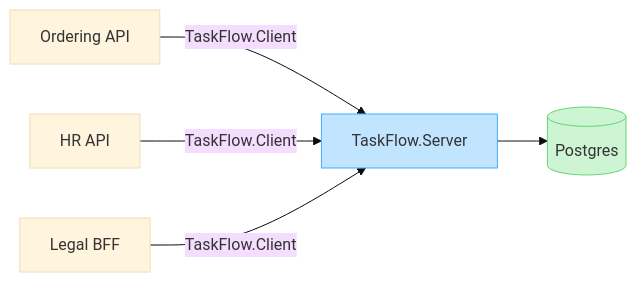
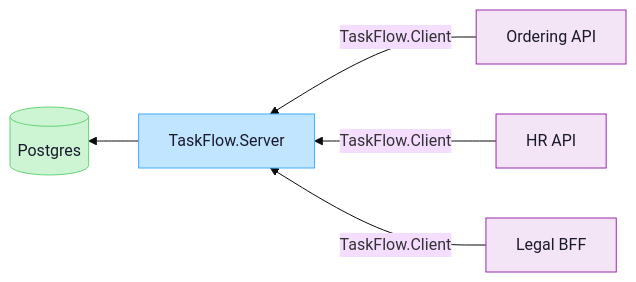
Before and after one commit to mortenaho/WorkFlowEngine: the first of 4 diagrams in docs/usage.md, drawn with Mermaid (base theme). The commit also changed other lines of this file and 3 other files, not shown here.

First line of the commit message:
Enhance documentation with improved Mermaid diagram styling and rendering

````diff
--- a/docs/usage.md
+++ b/docs/usage.md
@@ -65,10 +65,19 @@
 ```mermaid
-flowchart LR
-    ms1[Ordering API] -->|TaskFlow.Client| eng[TaskFlow.Server]
-    ms2[HR API] -->|TaskFlow.Client| eng
-    ms3[Legal BFF] -->|TaskFlow.Client| eng
-    eng --> db[(Postgres)]
+flowchart RL
+    ms1["Ordering API"]
+    ms2["HR API"]
+    ms3["Legal BFF"]
+    eng["TaskFlow.Server"]
+    db[("Postgres")]
 
-    style eng fill:#C2E5FF,stroke:#3DADFF
-    style db fill:#CDF4D3,stroke:#66D575
+    ms1 -->|"TaskFlow.Client"| eng
+    ms2 -->|"TaskFlow.Client"| eng
+    ms3 -->|"TaskFlow.Client"| eng
+    eng --> db
+
+    style eng fill:#C2E5FF,stroke:#3DADFF,color:#1a1a2e
+    style db fill:#CDF4D3,stroke:#66D575,color:#1a1a2e
+    style ms1 fill:#f3e5f5,stroke:#9c27b0,color:#1a1a2e
+    style ms2 fill:#f3e5f5,stroke:#9c27b0,color:#1a1a2e
+    style ms3 fill:#f3e5f5,stroke:#9c27b0,color:#1a1a2e
 ```
````
